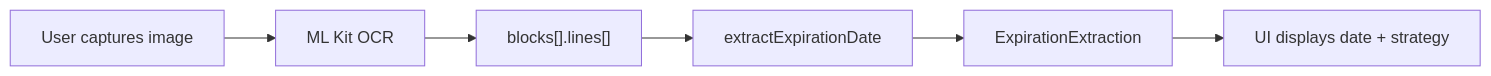
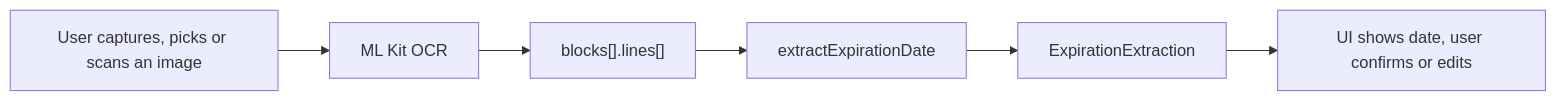
Before and after one commit to FazeelSajid/scan-and-extract-text-doc-stagging-app: the diagram in docs/domain/expiration-date-extraction.md, drawn with Mermaid. The commit also changed other lines of this file and 8 other files, not shown here.

````diff
--- a/docs/domain/expiration-date-extraction.md
+++ b/docs/domain/expiration-date-extraction.md
@@ -11,8 +13,8 @@
 ```mermaid
 flowchart LR
-  A[User captures image] --> B[ML Kit OCR]
+  A[User captures, picks or scans an image] --> B[ML Kit OCR]
   B --> C["blocks[].lines[]"]
   C --> D[extractExpirationDate]
   D --> E[ExpirationExtraction]
-  E --> F[UI displays date + strategy]
+  E --> F[UI shows date, user confirms or edits]
 ```
````
